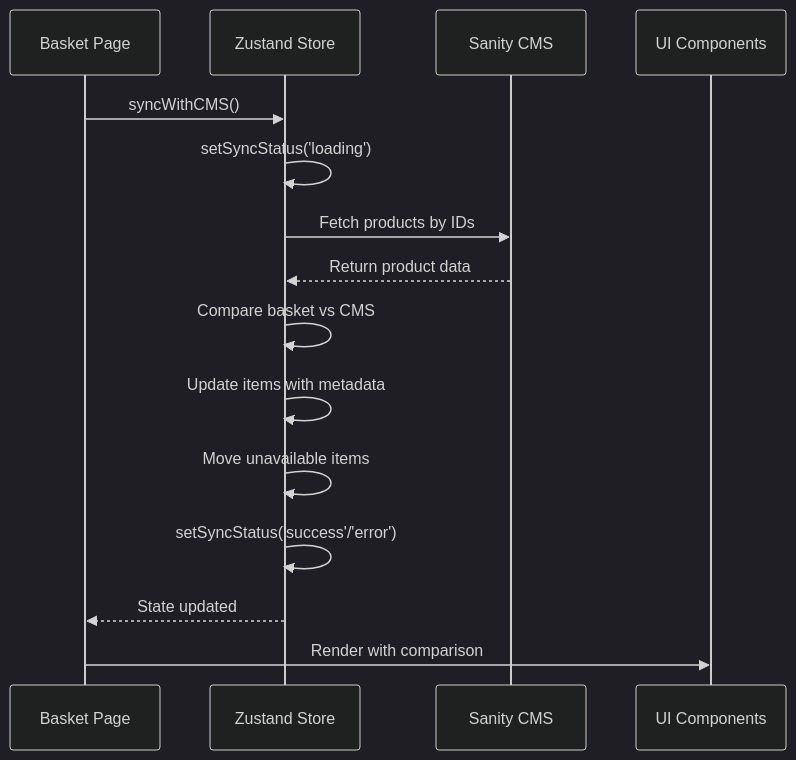
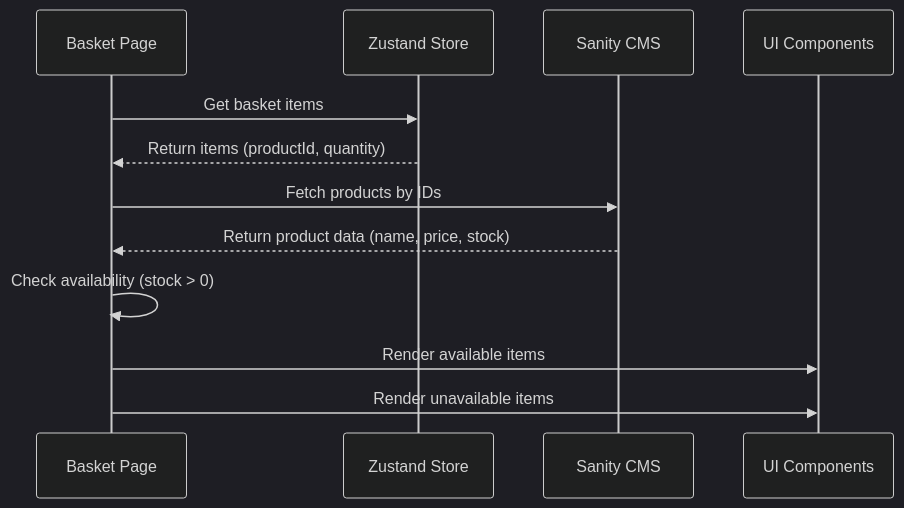
One commit to munrhalls/sanglogium changed the second of 2 diagrams in docs/basket/TECHNICAL DIAGRAM.md. Above: the diagram before and after it, drawn with Mermaid (dark theme). The commit also changed other lines of this file and 3 other files, not shown here.

Commit message:
Difficulty: 5 - C, Architecture (basket page): Simplify CMS sync to direct fetch — → closes 0 DoD items, architectural simplification per ADR update

````diff
--- a/docs/basket/TECHNICAL DIAGRAM.md
+++ b/docs/basket/TECHNICAL DIAGRAM.md
@@ -24,18 +24,15 @@
 ```mermaid
 sequenceDiagram
     participant Page as Basket Page
     participant Store as Zustand Store
     participant Sanity as Sanity CMS
     participant UI as UI Components
-    
-    Page->>Store: syncWithCMS()
-    Store->>Store: setSyncStatus('loading')
-    Store->>Sanity: Fetch products by IDs
-    Sanity-->>Store: Return product data
-    Store->>Store: Compare basket vs CMS
-    Store->>Store: Update items with metadata
-    Store->>Store: Move unavailable items
-    Store->>Store: setSyncStatus('success'/'error')
-    Store-->>Page: State updated
-    Page->>UI: Render with comparison
+
+    Page->>Store: Get basket items
+    Store-->>Page: Return items (productId, quantity)
+    Page->>Sanity: Fetch products by IDs
+    Sanity-->>Page: Return product data (name, price, stock)
+    Page->>Page: Check availability (stock > 0)
+    Page->>UI: Render available items
+    Page->>UI: Render unavailable items
 ```
````
